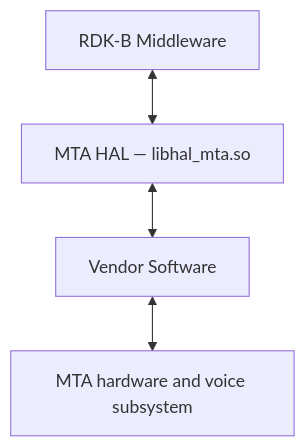
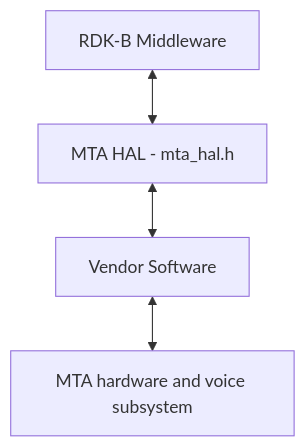
One commit to Blitzy-Sky/rdkb-halif-mta changed the first of 2 diagrams in docs/pages/halSpec.md. Above: the diagram before and after it, drawn with Mermaid.

Commit message:
docs: normalise the MTA HAL architecture flowchart in its specification
The Description flowchart now uses the common top-down form shared
by every C HAL page: RDK-B Middleware, then MTA HAL - mta_hal.h,
then Vendor Software, joined by double-headed edges.

````diff
--- a/docs/pages/halSpec.md
+++ b/docs/pages/halSpec.md
@@ -34,7 +34,6 @@
 ```mermaid
-flowchart TD;
-    Caller["RDK-B Middleware"] <-->
-    MTAHAL["MTA HAL — libhal_mta.so"] <-->
-    VendorSoftware["Vendor Software"] <-->
-    Hardware["MTA hardware and voice subsystem"]
+flowchart TD
+    Caller["RDK-B Middleware"] <--> HAL["MTA HAL - mta_hal.h"]
+    HAL <--> Vendor["Vendor Software"]
+    Vendor <--> Hardware["MTA hardware and voice subsystem"]
 ```
````
